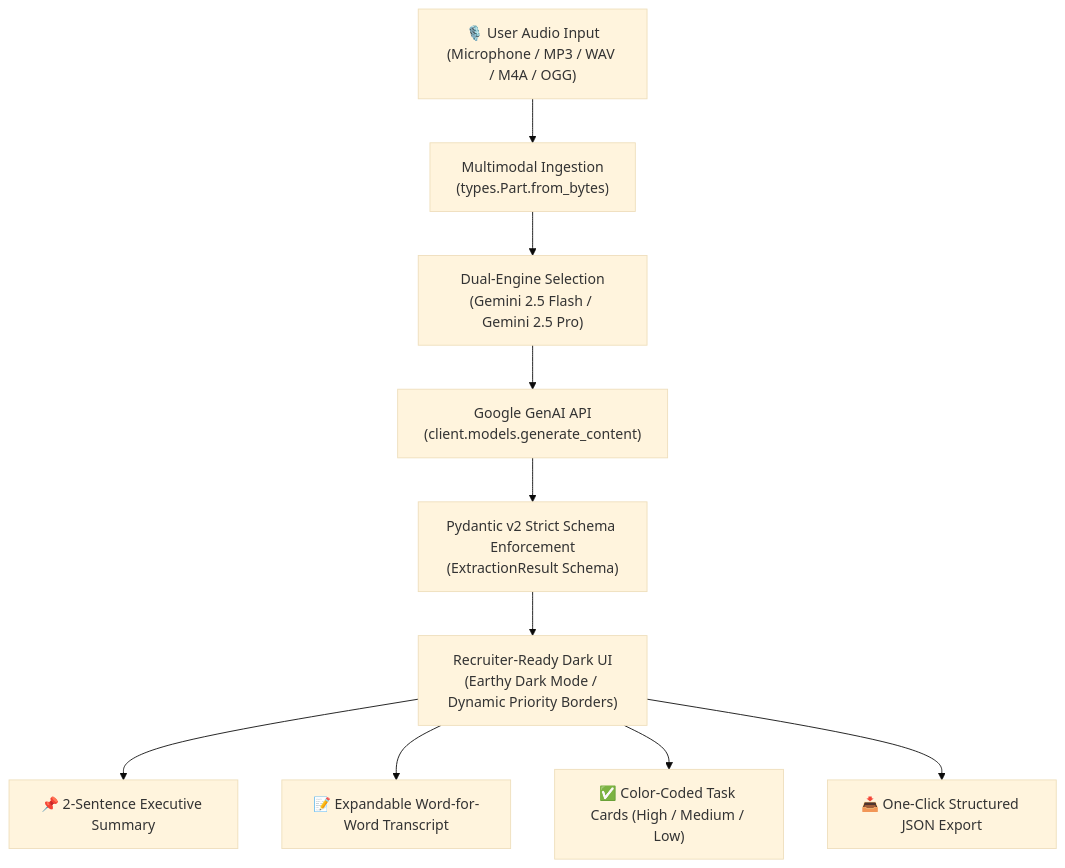
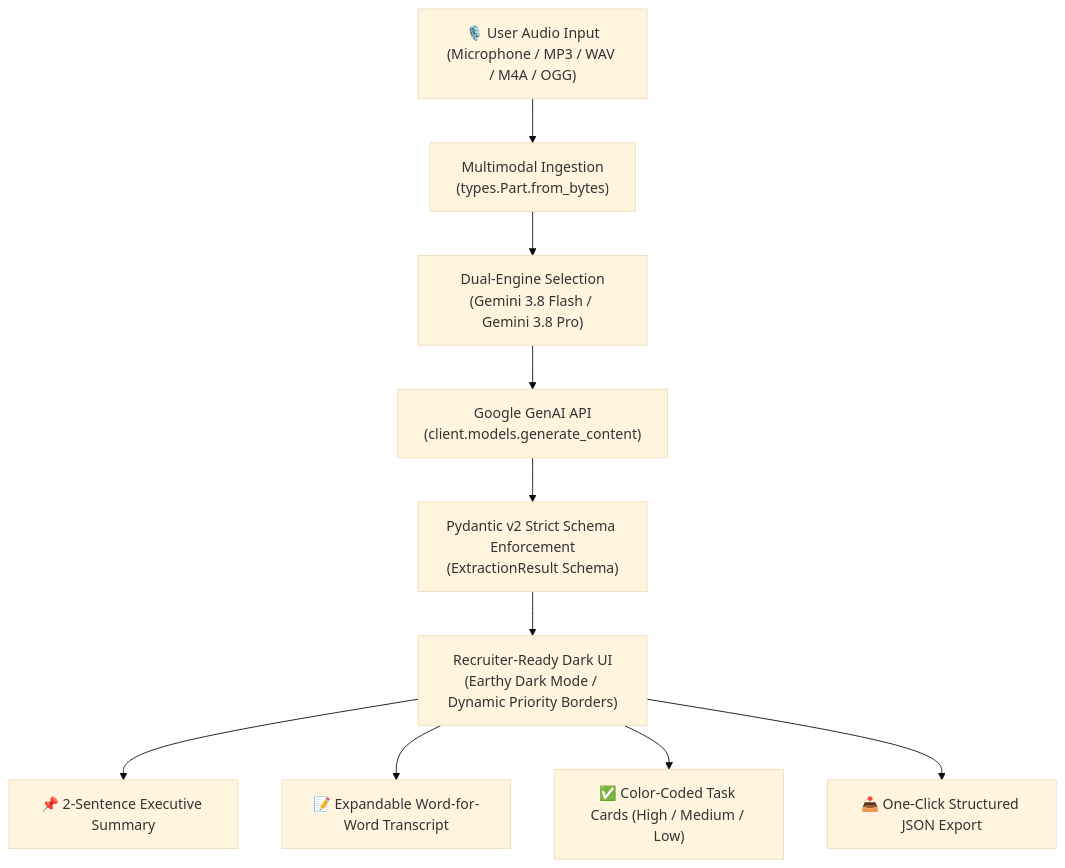
Before and after one commit to vishal-s-sollapure/Voice-Notes-to-Action-Item: the diagram in README.md, drawn with Mermaid (base theme). The commit also changed other lines of this file and 1 other file, not shown here.

Commit message:
fix: update model to gemini-3.8-flash with automatic fallback

````diff
--- a/README.md
+++ b/README.md
@@ -40,12 +40,12 @@
 ```mermaid
 flowchart TD
     A["🎙️ User Audio Input\n(Microphone / MP3 / WAV / M4A / OGG)"] --> B["Multimodal Ingestion\n(types.Part.from_bytes)"]
-    B --> C["Dual-Engine Selection\n(Gemini 2.5 Flash / Gemini 2.5 Pro)"]
+    B --> C["Dual-Engine Selection\n(Gemini 3.8 Flash / Gemini 3.8 Pro)"]
     C --> D["Google GenAI API\n(client.models.generate_content)"]
     D --> E["Pydantic v2 Strict Schema Enforcement\n(ExtractionResult Schema)"]
     E --> F["Recruiter-Ready Dark UI\n(Earthy Dark Mode / Dynamic Priority Borders)"]
     F --> G1["📌 2-Sentence Executive Summary"]
     F --> G2["📝 Expandable Word-for-Word Transcript"]
     F --> G3["✅ Color-Coded Task Cards (High / Medium / Low)"]
     F --> G4["📥 One-Click Structured JSON Export"]
 ```
````
